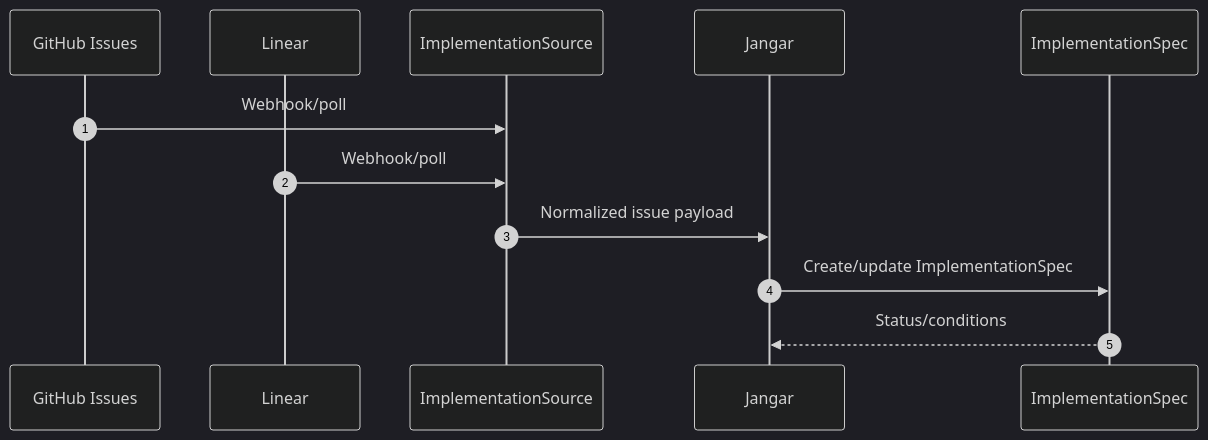
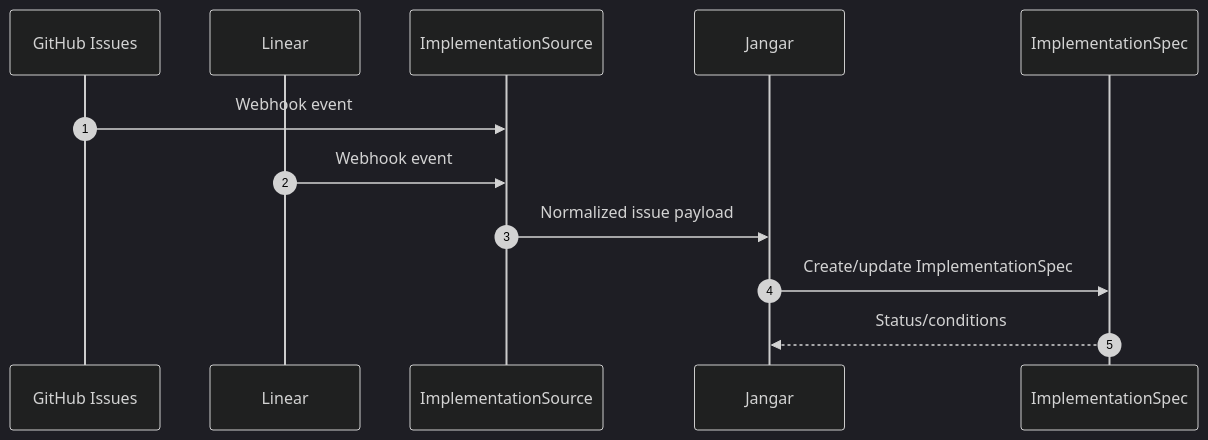
Before and after one commit to proompteng/lab: the fourth of 4 diagrams in docs/agents/agents-helm-chart-design.md, drawn with Mermaid (dark theme). The commit also changed other lines of this file and 8 other files, not shown here.

Commit message:
docs(charts): document webhook-only ImplementationSource (#2519)

````diff
--- a/docs/agents/agents-helm-chart-design.md
+++ b/docs/agents/agents-helm-chart-design.md
@@ -296,14 +301,14 @@
 ```mermaid
 sequenceDiagram
   autonumber
   participant GH as GitHub Issues
   participant LN as Linear
   participant IS as ImplementationSource
   participant J as Jangar
   participant IM as ImplementationSpec
-  GH->>IS: Webhook/poll
-  LN->>IS: Webhook/poll
+  GH->>IS: Webhook event
+  LN->>IS: Webhook event
   IS->>J: Normalized issue payload
   J->>IM: Create/update ImplementationSpec
   IM-->>J: Status/conditions
 ```
````
